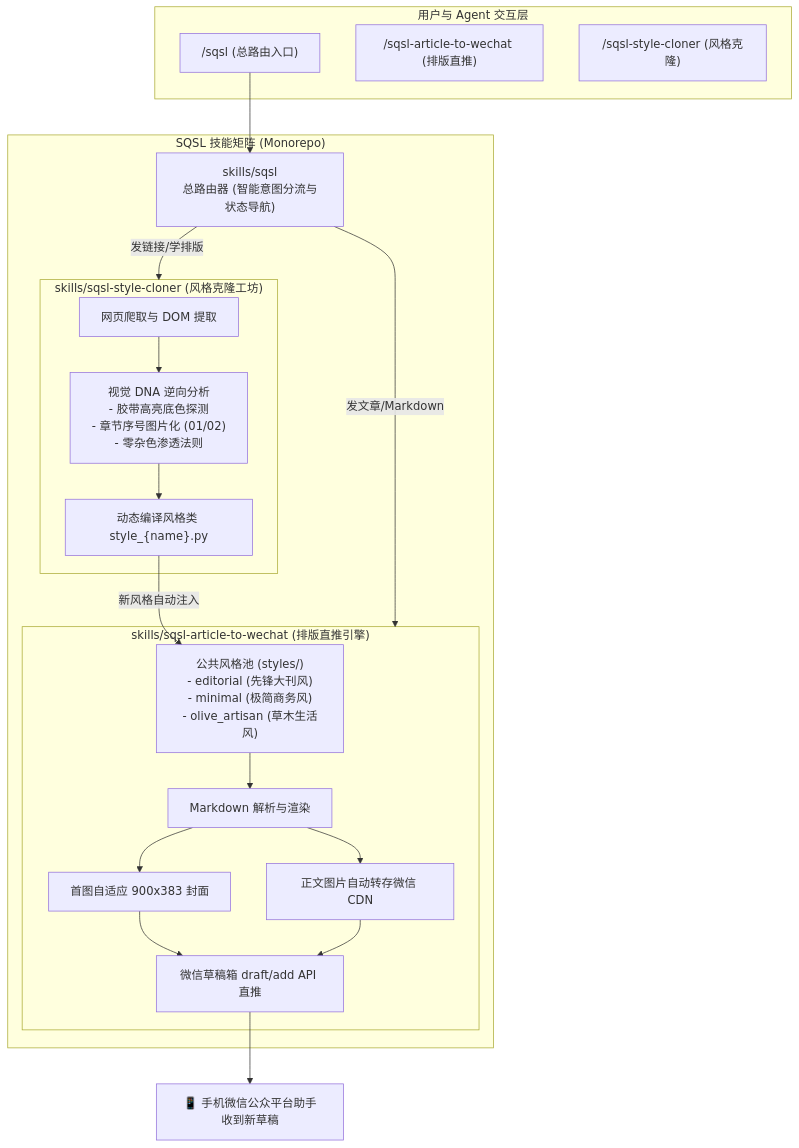
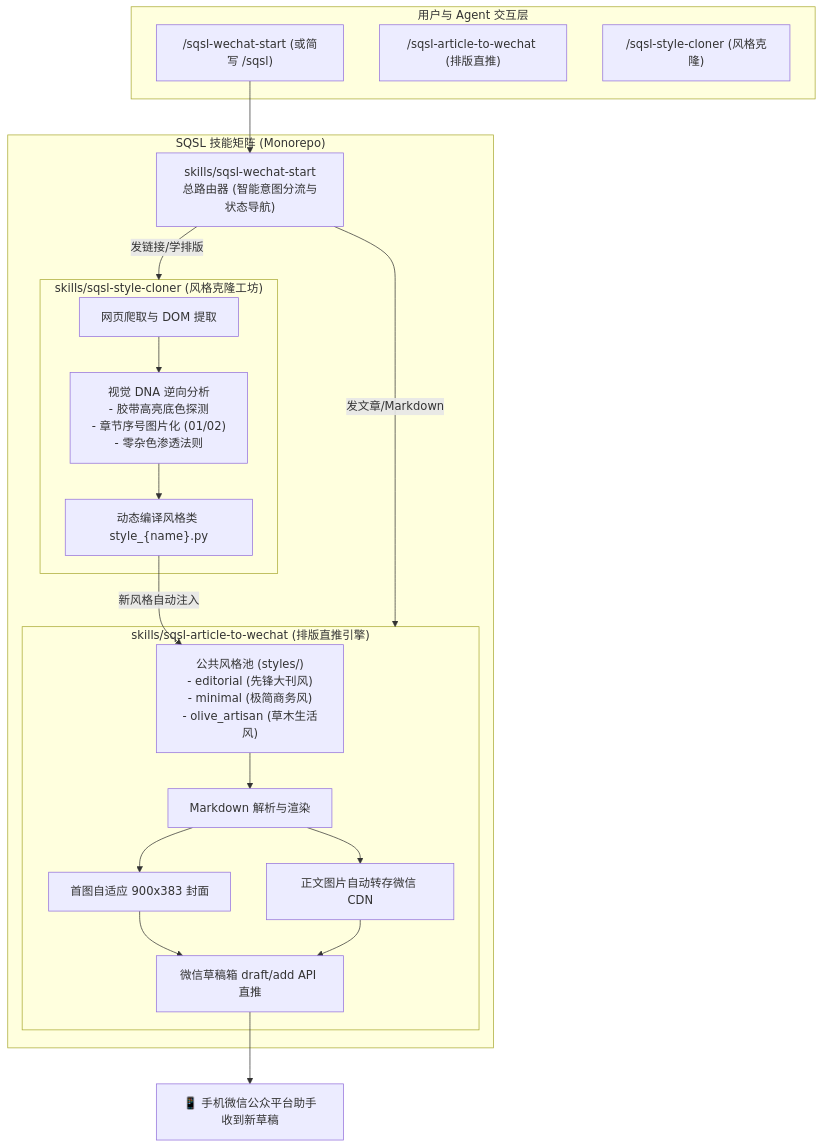
One commit to sanqiushili/sqsl-wechat-skill changed the diagram in README.md. Above: the diagram before and after it, drawn with Mermaid. The commit also changed other lines of this file and 4 other files, not shown here.

Commit message:
refactor: rename repository to sqsl-wechat-skill and master router to sqsl-wechat-start

````diff
--- a/README.md
+++ b/README.md
@@ -34,32 +34,32 @@
 ```mermaid
 flowchart TD
     subgraph Client["用户与 Agent 交互层"]
-        Cmd1["/sqsl (总路由入口)"]
+        Cmd1["/sqsl-wechat-start (或简写 /sqsl)"]
         Cmd2["/sqsl-article-to-wechat (排版直推)"]
         Cmd3["/sqsl-style-cloner (风格克隆)"]
     end
 
     subgraph Suite["SQSL 技能矩阵 (Monorepo)"]
-        Router["skills/sqsl\n总路由器 (智能意图分流与状态导航)"]
+        Router["skills/sqsl-wechat-start\n总路由器 (智能意图分流与状态导航)"]
         
         subgraph Sub1["skills/sqsl-style-cloner (风格克隆工坊)"]
             Crawler["网页爬取与 DOM 提取"] --> Analyzer["视觉 DNA 逆向分析\n- 胶带高亮底色探测\n- 章节序号图片化 (01/02)\n- 零杂色渗透法则"]
             Analyzer --> Compiler["动态编译风格类 style_{name}.py"]
         end
 
         subgraph Sub2["skills/sqsl-article-to-wechat (排版直推引擎)"]
             Pool["公共风格池 (styles/)\n- editorial (先锋大刊风)\n- minimal (极简商务风)\n- olive_artisan (草木生活风)"]
             MD["Markdown 解析与渲染"]
             Cover["首图自适应 900x383 封面"]
             CDN["正文图片自动转存微信 CDN"]
             Draft["微信草稿箱 draft/add API 直推"]
         end
     end
 
     Cmd1 --> Router
     Router -->|发文章/Markdown| Sub2
     Router -->|发链接/学排版| Sub1
     Compiler -->|新风格自动注入| Pool
     Pool --> MD
     MD --> Cover & CDN --> Draft --> Output["📱 手机微信公众平台助手收到新草稿"]
 ```
````
